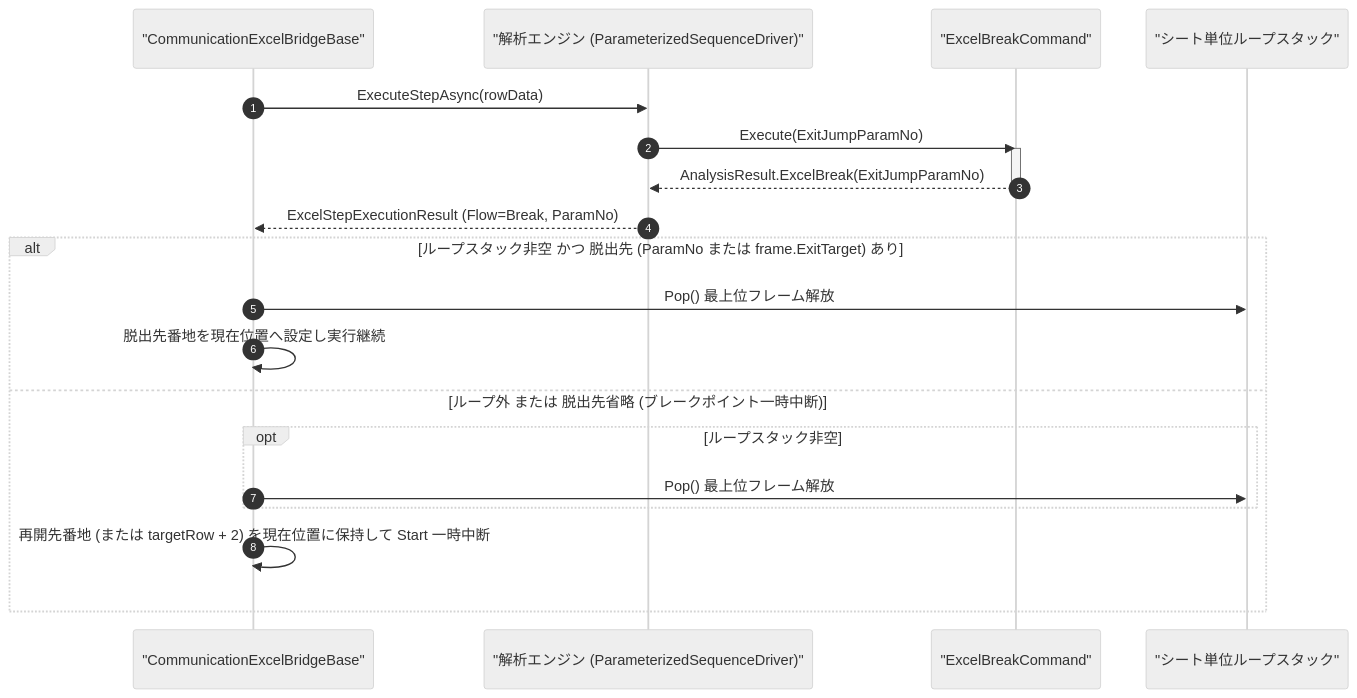
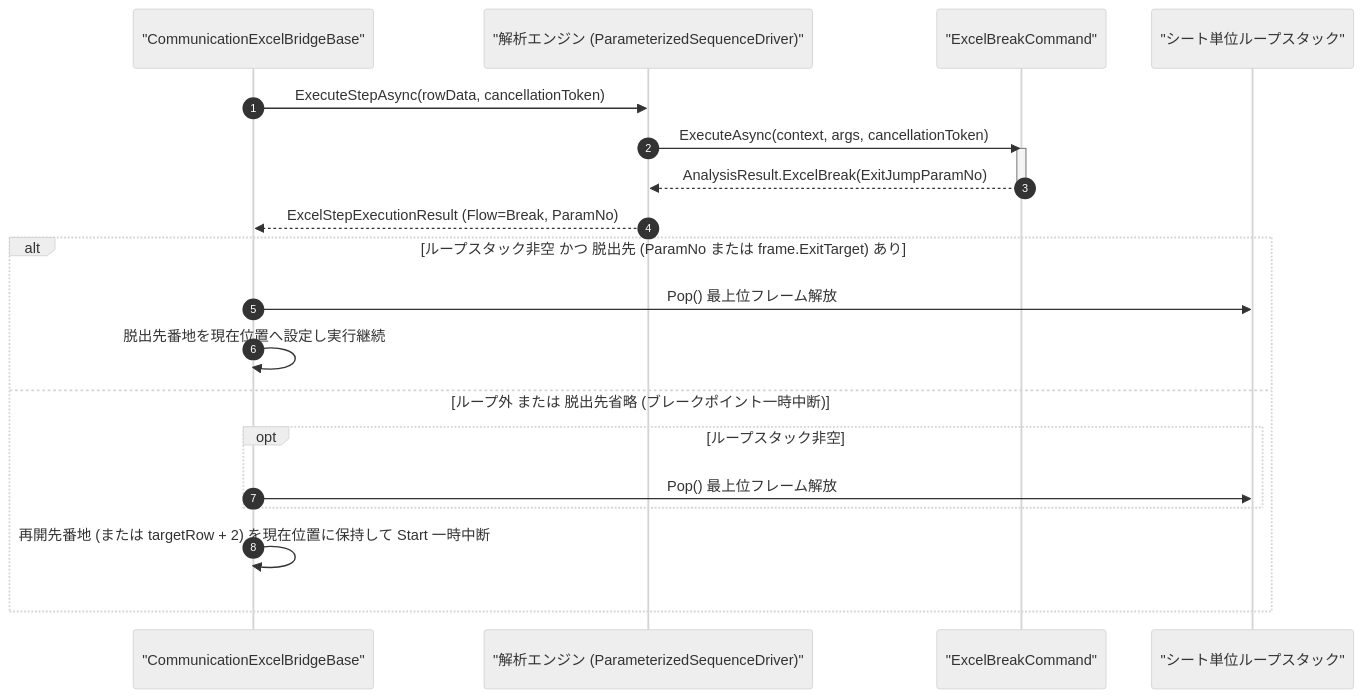
The diagram in Manual/Core/Excel/Excel_Break.Md (Monaca-App/TermAddIn), drawn with Mermaid (neutral theme) before and after one commit. The commit also changed other lines of this file and 157 other files, not shown here.

````diff
--- a/Manual/Core/Excel/Excel_Break.Md
+++ b/Manual/Core/Excel/Excel_Break.Md
@@ -68,24 +70,24 @@
 ```mermaid
 sequenceDiagram
     autonumber
     participant Bridge as "CommunicationExcelBridgeBase"
     participant Engine as "解析エンジン (ParameterizedSequenceDriver)"
     participant Cmd as "ExcelBreakCommand"
     participant Stack as "シート単位ループスタック"
 
-    Bridge->>Engine: ExecuteStepAsync(rowData)
-    Engine->>Cmd: Execute(ExitJumpParamNo)
+    Bridge->>Engine: ExecuteStepAsync(rowData, cancellationToken)
+    Engine->>Cmd: ExecuteAsync(context, args, cancellationToken)
     activate Cmd
     Cmd-->>Engine: AnalysisResult.ExcelBreak(ExitJumpParamNo)
     deactivate Cmd
     Engine-->>Bridge: ExcelStepExecutionResult (Flow=Break, ParamNo)
     alt ループスタック非空 かつ 脱出先 (ParamNo または frame.ExitTarget) あり
         Bridge->>Stack: Pop() 最上位フレーム解放
         Bridge->>Bridge: 脱出先番地を現在位置へ設定し実行継続
     else ループ外 または 脱出先省略 (ブレークポイント一時中断)
         opt ループスタック非空
             Bridge->>Stack: Pop() 最上位フレーム解放
         end
         Bridge->>Bridge: 再開先番地 (または targetRow + 2) を現在位置に保持して Start 一時中断
     end
 ```
````
